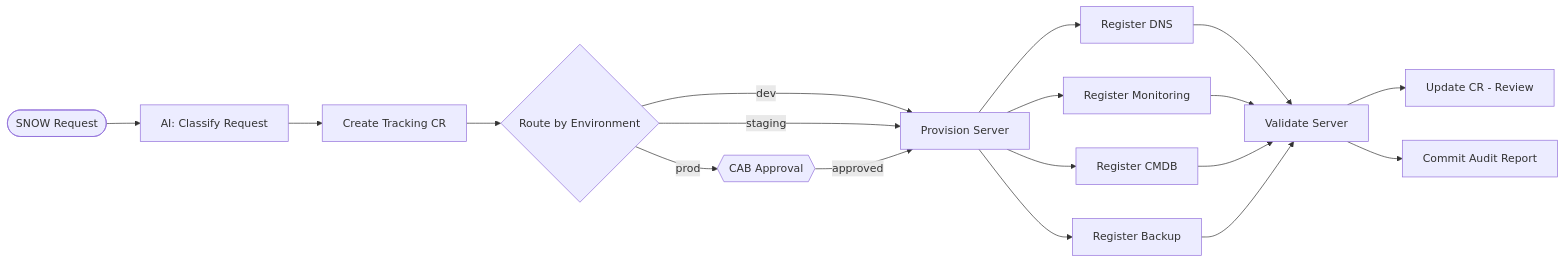
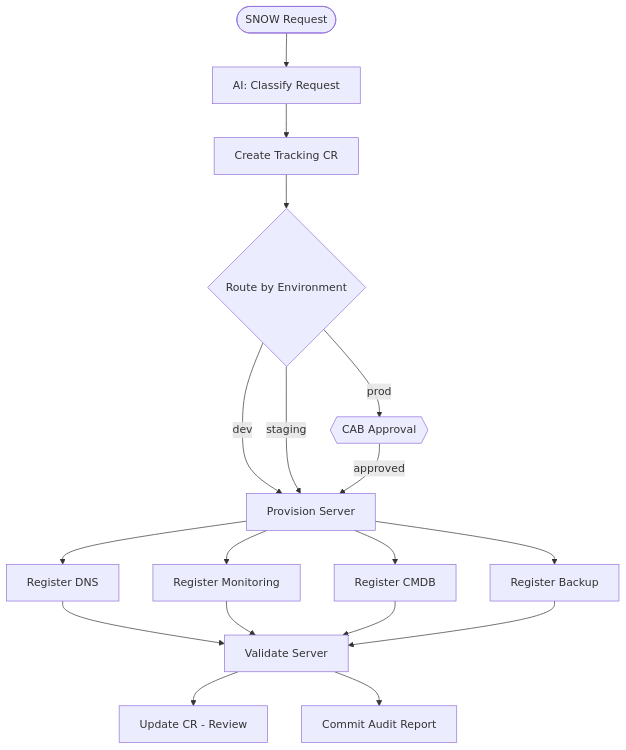
One commit to crenwick93/ao-overview-demo changed the diagram in README.md. Above: the diagram before and after it, drawn with Mermaid.

Commit message:
Mermaid diagram: top-to-bottom layout

````diff
--- a/README.md
+++ b/README.md
@@ -24,24 +24,24 @@
 ```mermaid
-flowchart LR
+flowchart TD
     trigger([SNOW Request]) --> ai[AI: Classify Request]
     ai --> cr[Create Tracking CR]
     cr --> sw{Route by Environment}
 
     sw -- dev --> provision[Provision Server]
     sw -- staging --> provision
     sw -- prod --> approval{{CAB Approval}}
     approval -- approved --> provision
 
     provision --> dns[Register DNS]
     provision --> mon[Register Monitoring]
     provision --> cmdb[Register CMDB]
     provision --> bak[Register Backup]
 
     dns --> validate[Validate Server]
     mon --> validate
     cmdb --> validate
     bak --> validate
 
     validate --> review[Update CR - Review]
     validate --> git[Commit Audit Report]
 ```
````
